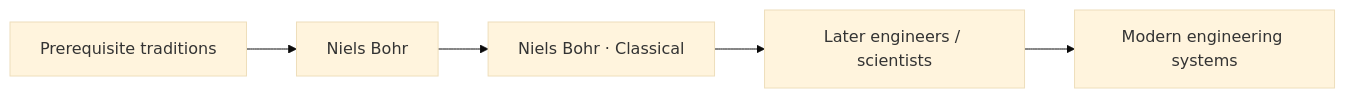
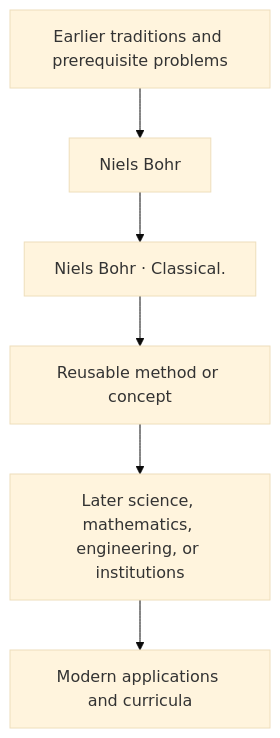
The diagram in docs/history/niels-bohr/influence.md (via-decide/ViaLogic), drawn with Mermaid (base theme) before and after one commit. The commit also changed other lines of this file and 858 other files, not shown here.

````diff
--- a/docs/history/niels-bohr/influence.md
+++ b/docs/history/niels-bohr/influence.md
@@ -29,7 +16,8 @@
 ```mermaid
-graph LR
-  prerequisites["Prerequisite traditions"] --> current["Niels Bohr"]
-  current --> contribution["Niels Bohr · Classical"]
-  contribution --> successors["Later engineers / scientists"]
-  successors --> modern["Modern engineering systems"]
+graph TD
+  Prior[Earlier traditions and prerequisite problems] --> Person[Niels Bohr]
+  Person --> Contribution[Niels Bohr · Classical.]
+  Contribution --> Method[Reusable method or concept]
+  Method --> Later[Later science, mathematics, engineering, or institutions]
+  Later --> Modern[Modern applications and curricula]
 ```
````
